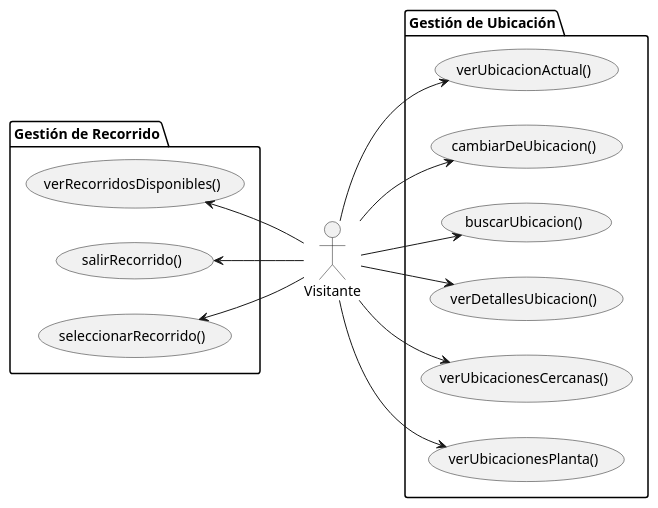
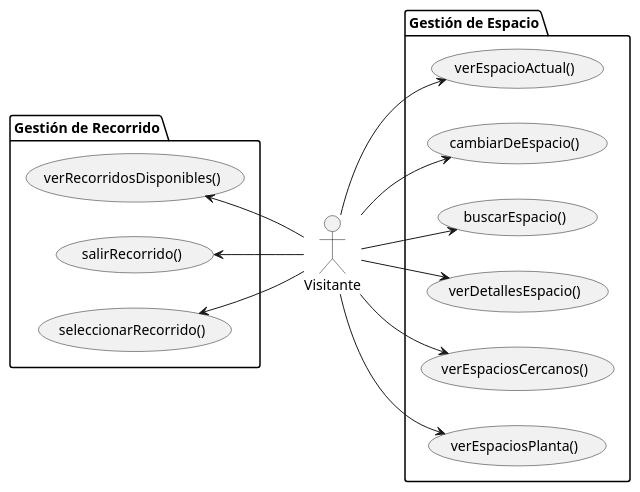
The diagram in documentos/01-casoDeUso/1-CasoDeUso/visitanteCasosDeUso.puml (Camila-Lesly/25-26-idsw1-sdr), drawn with PlantUML before and after one commit. The commit also changed 3 other files, not shown here.

Commit message:
docs: cambio de nombre ubicación a espacio

```diff
--- a/documentos/01-casoDeUso/1-CasoDeUso/visitanteCasosDeUso.puml
+++ b/documentos/01-casoDeUso/1-CasoDeUso/visitanteCasosDeUso.puml
@@ -1,32 +1,32 @@
 @startuml
 
 left to right direction
 
 actor "Visitante" as visitante
 
-package "Gestión de Ubicación"{
-    usecase verUbicacionActual as "verUbicacionActual()"
-    usecase cambiarDeUbicacion as "cambiarDeUbicacion()"
-    usecase buscarUbicacion as "buscarUbicacion()"
-    usecase verDetallesUbicación as "verDetallesUbicacion()"
-    usecase verUbicacionesCercanas as "verUbicacionesCercanas()"
-    usecase verUbicacionesPlanta as "verUbicacionesPlanta()"
+package "Gestión de Espacio"{
+    usecase verEspacioActual as "verEspacioActual()"
+    usecase cambiarDeEspacio as "cambiarDeEspacio()"
+    usecase buscarEspacio as "buscarEspacio()"
+    usecase verDetallesEspacio as "verDetallesEspacio()"
+    usecase verEspaciosCercanos as "verEspaciosCercanos()"
+    usecase verEspaciosPlanta as "verEspaciosPlanta()"
 }
 
 package "Gestión de Recorrido"{
     usecase verRecorridosDisponibles as "verRecorridosDisponibles()"
     usecase salirrRecorrido as "salirRecorrido()"
     usecase seleccionarRecorrido as "seleccionarRecorrido()"
 }
 
-visitante --> (verUbicacionActual)
-visitante --> (cambiarDeUbicacion)
-visitante --> (buscarUbicacion)
-visitante --> (verDetallesUbicación)
-visitante --> (verUbicacionesCercanas)
-visitante --> (verUbicacionesPlanta)
+visitante --> (verEspacioActual)
+visitante --> (cambiarDeEspacio)
+visitante --> (buscarEspacio)
+visitante --> (verDetallesEspacio)
+visitante --> (verEspaciosCercanos)
+visitante --> (verEspaciosPlanta)
 
 (seleccionarRecorrido) <-- visitante
 (verRecorridosDisponibles) <-- visitante
 (salirrRecorrido) <-- visitante
 @enduml
```
